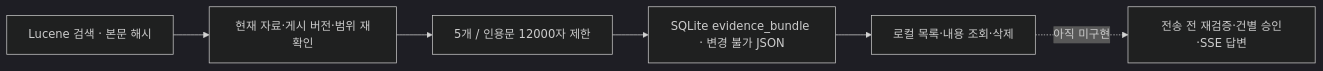
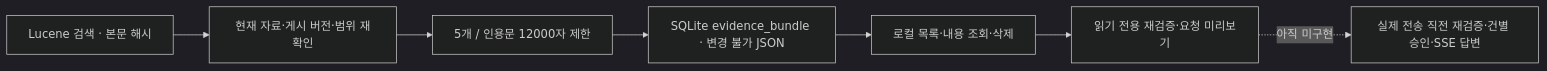
The diagram in docs/evidence-bundles.md (thisisnew/dougle), drawn with Mermaid (dark theme) before and after one commit. The commit also changed other lines of this file and 22 other files, not shown here.

````diff
--- a/docs/evidence-bundles.md
+++ b/docs/evidence-bundles.md
@@ -42,8 +44,9 @@
 ```mermaid
 flowchart LR
   Search[Lucene 검색 · 본문 해시] --> Capture[현재 자료·게시 버전·범위 재확인]
   Capture --> Budget[5개 / 인용문 12000자 제한]
   Budget --> Save[SQLite evidence_bundle · 변경 불가 JSON]
   Save --> View[로컬 목록·내용 조회·삭제]
-  View -. 아직 미구현 .-> Approval[전송 전 재검증·건별 승인·SSE 답변]
+  View --> Check[읽기 전용 재검증·요청 미리보기]
+  Check -. 아직 미구현 .-> Approval[실제 전송 직전 재검증·건별 승인·SSE 답변]
 ```
````
